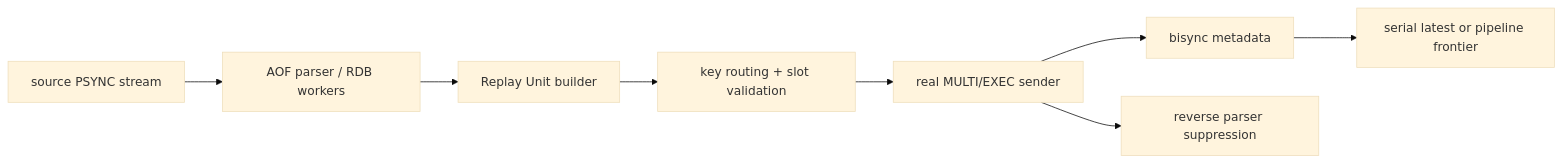
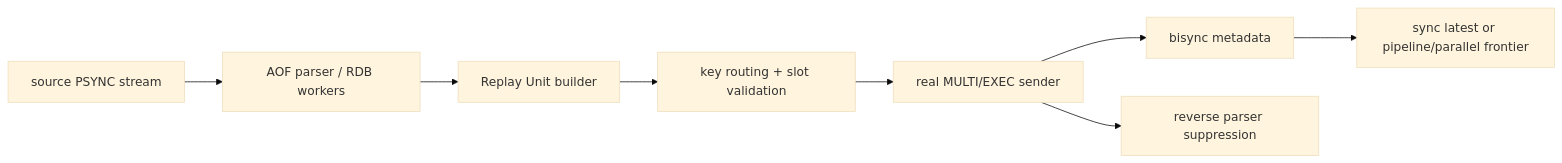
Before and after one commit to mgtv-tech/redis-GunYu: the diagram in docs/bisync_scheme1_impl.md, drawn with Mermaid (base theme). The commit also changed other lines of this file and 30 other files, not shown here.

````diff
--- a/docs/bisync_scheme1_impl.md
+++ b/docs/bisync_scheme1_impl.md
@@ -65,10 +65,10 @@
 ```mermaid
 flowchart LR
   A["source PSYNC stream"] --> B["AOF parser / RDB workers"]
   B --> C["Replay Unit builder"]
   C --> D["key routing + slot validation"]
   D --> E["real MULTI/EXEC sender"]
   E --> F["bisync metadata"]
-  F --> G["serial latest or pipeline frontier"]
+  F --> G["sync latest or pipeline/parallel frontier"]
   E --> H["reverse parser suppression"]
 ```
````
